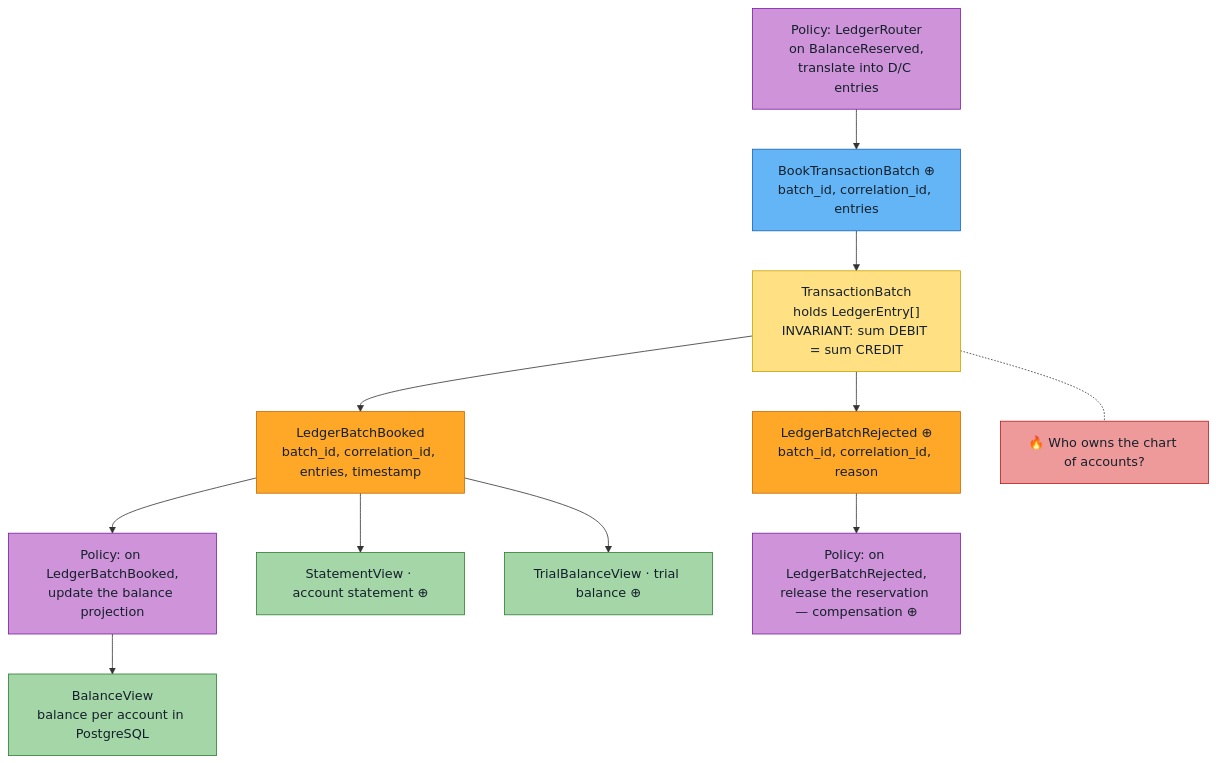
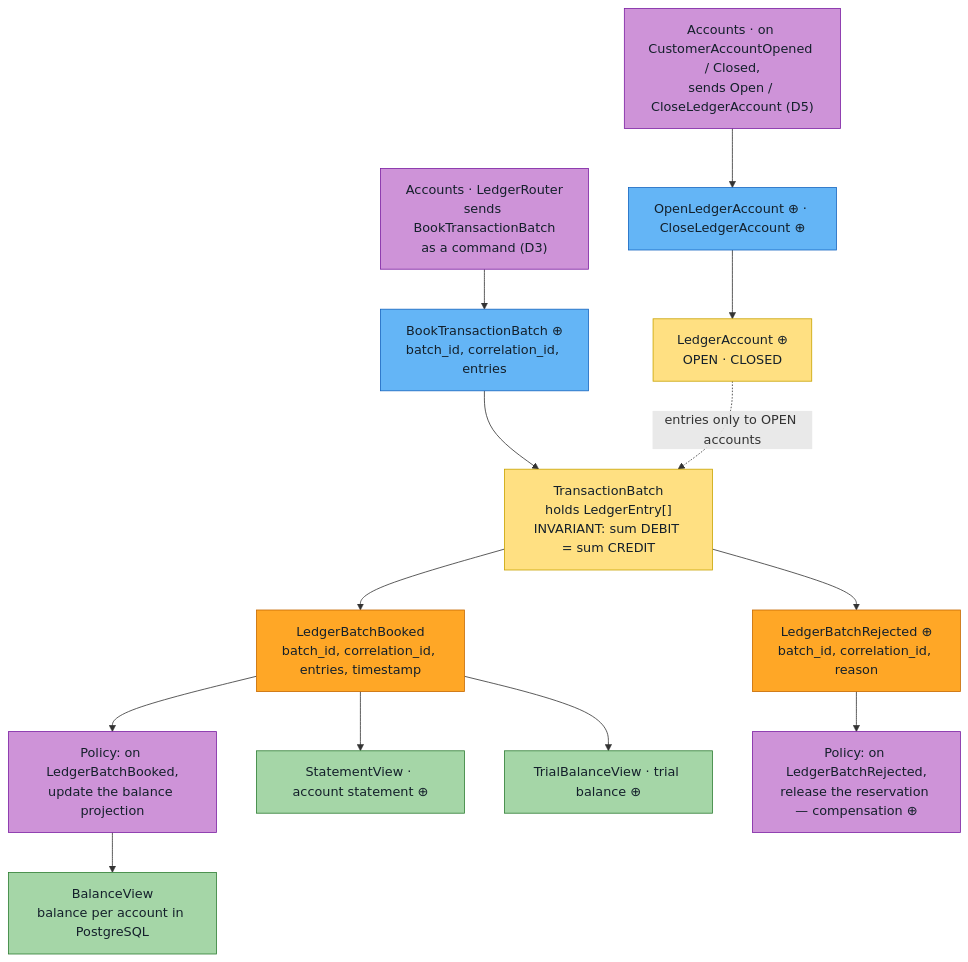
The third of 6 diagrams in README.md (LuanDc/banking), drawn with Mermaid before and after one commit. The commit also changed other lines of this file, not shown here.

First line of the commit message:
docs: make ledger an open host service and settle H1 and H2

````diff
--- a/README.md
+++ b/README.md
@@ -183,38 +184,41 @@
 ```mermaid
 flowchart TB
-    P1["Policy: LedgerRouter<br/>on BalanceReserved,<br/>translate into D/C entries"]:::pol
+    P1["Accounts · LedgerRouter<br/>sends BookTransactionBatch<br/>as a command (D3)"]:::pol
+    P0["Accounts · on CustomerAccountOpened / Closed,<br/>sends Open / CloseLedgerAccount (D5)"]:::pol
+
+    C0["OpenLedgerAccount ⊕ · CloseLedgerAccount ⊕"]:::cmd
+    AGG0["LedgerAccount ⊕<br/>OPEN · CLOSED"]:::agg
 
     C1["BookTransactionBatch ⊕<br/>batch_id, correlation_id, entries"]:::cmd
 
     AGG["TransactionBatch<br/>holds LedgerEntry[]<br/>INVARIANT: sum DEBIT = sum CREDIT"]:::agg
 
     E1["LedgerBatchBooked<br/>batch_id, correlation_id, entries, timestamp"]:::evt
     E2["LedgerBatchRejected ⊕<br/>batch_id, correlation_id, reason"]:::evt
 
     P2["Policy: on LedgerBatchBooked,<br/>update the balance projection"]:::pol
     P3["Policy: on LedgerBatchRejected,<br/>release the reservation — compensation ⊕"]:::pol
 
     RM1["BalanceView<br/>balance per account in PostgreSQL"]:::rm
     RM2["StatementView · account statement ⊕"]:::rm
     RM3["TrialBalanceView · trial balance ⊕"]:::rm
 
-    H1["🔥 Who owns the chart of accounts?"]:::hot
-
+    P0 --> C0
+    C0 --> AGG0
     P1 --> C1
     C1 --> AGG
     AGG --> E1
     AGG --> E2
     E1 --> P2
     E2 --> P3
     P2 --> RM1
     E1 --> RM2
     E1 --> RM3
-    AGG -.- H1
+    AGG0 -.->|"entries only to OPEN accounts"| AGG
 
     classDef evt fill:#FFA726,stroke:#C66900,color:#14202B
     classDef cmd fill:#64B5F6,stroke:#1565C0,color:#14202B
     classDef agg fill:#FFE082,stroke:#C8A300,color:#14202B
     classDef pol fill:#CE93D8,stroke:#7B1FA2,color:#14202B
     classDef rm fill:#A5D6A7,stroke:#2E7D32,color:#14202B
-    classDef hot fill:#EF9A9A,stroke:#B71C1C,color:#14202B
 ```
````
